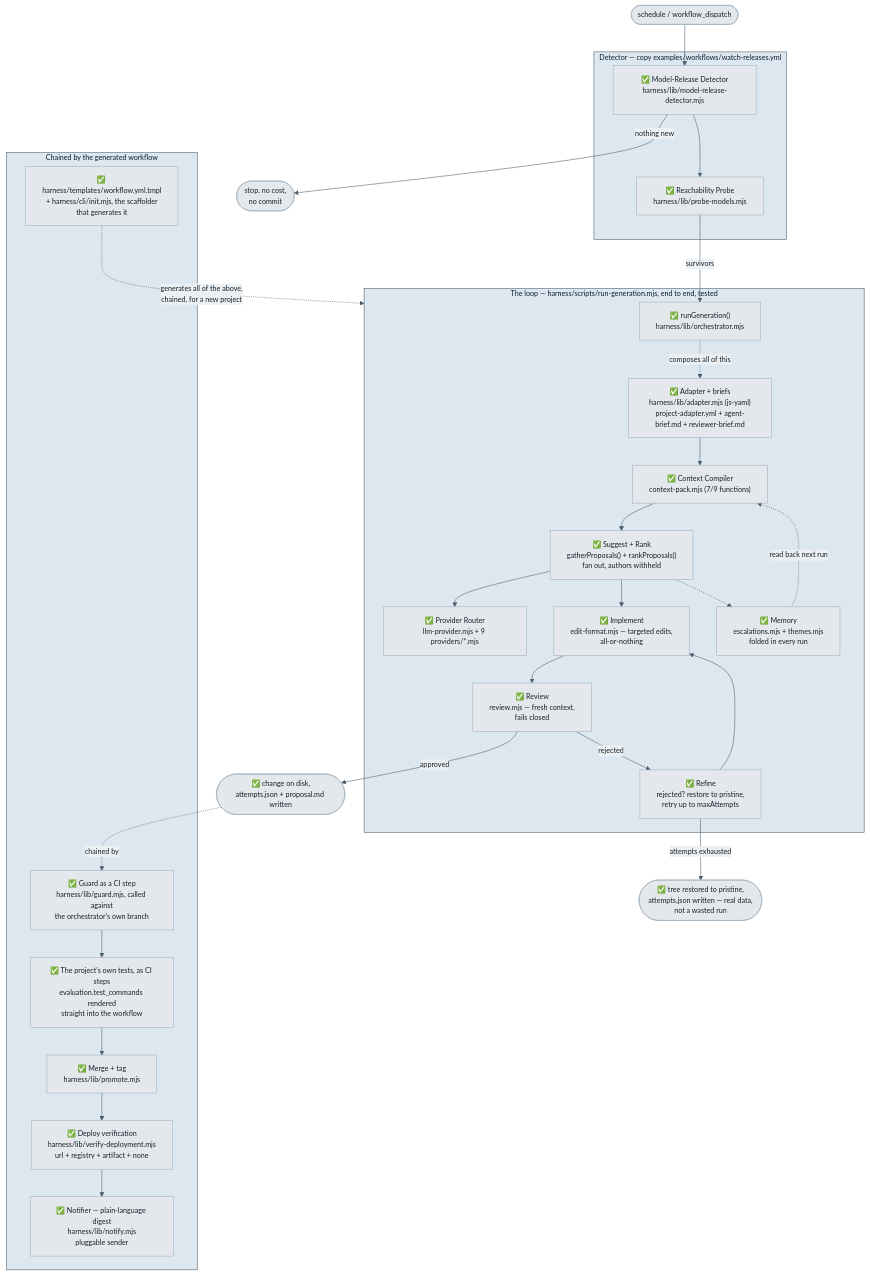
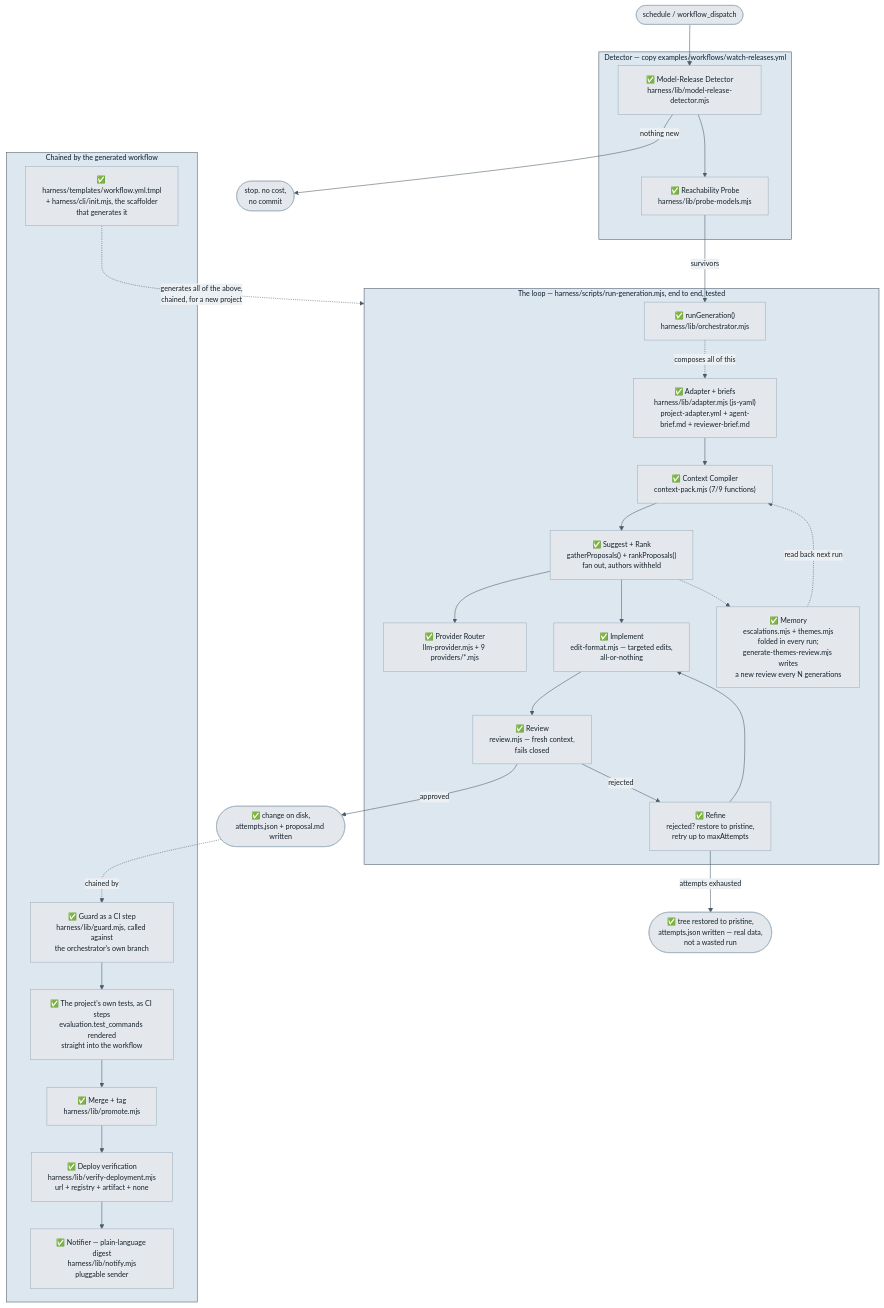
The second of 4 diagrams in ARCHITECTURE.md (Chrisfoz/self-optimisation), drawn with Mermaid before and after one commit. The commit also changed other lines of this file and 15 other files, not shown here.

First line of the commit message:
Build the themes-review CLI, and commit the history it reads

````diff
--- a/ARCHITECTURE.md
+++ b/ARCHITECTURE.md
@@ -74,54 +74,54 @@
 ```mermaid
 %%{init: {"theme":"base","themeVariables":{"fontSize":"13px","primaryColor":"#E4E8EC","primaryTextColor":"#14212B","primaryBorderColor":"#9FB0BE","lineColor":"#4A5C6A","secondaryColor":"#DCE7F0","tertiaryColor":"#F3E3D4","clusterBkg":"#F6F8F9","clusterBorder":"#9FB0BE","edgeLabelBackground":"#EDF0F2","textColor":"#14212B"}}}%%
 flowchart TD
   cron(["schedule / workflow_dispatch"]) --> detector
 
   subgraph detect["Detector — copy examples/workflows/watch-releases.yml"]
     detector["✅ Model-Release Detector<br/>harness/lib/model-release-detector.mjs"]
     probe["✅ Reachability Probe<br/>harness/lib/probe-models.mjs"]
     detector --> probe
   end
 
   detector -->|"nothing new"| idle(["stop. no cost,<br/>no commit"])
   probe -->|"survivors"| rungen
 
   subgraph loop["The loop — harness/scripts/run-generation.mjs, end to end, tested"]
     adapter["✅ Adapter + briefs<br/>harness/lib/adapter.mjs (js-yaml)<br/>project-adapter.yml + agent-brief.md + reviewer-brief.md"]
     rungen["✅ runGeneration()<br/>harness/lib/orchestrator.mjs"]
     router["✅ Provider Router<br/>llm-provider.mjs + 9 providers/*.mjs"]
     context["✅ Context Compiler<br/>context-pack.mjs (7/9 functions)"]
     propose["✅ Suggest + Rank<br/>gatherProposals() + rankProposals()<br/>fan out, authors withheld"]
     executor["✅ Implement<br/>edit-format.mjs — targeted edits,<br/>all-or-nothing"]
     reviewer["✅ Review<br/>review.mjs — fresh context,<br/>fails closed"]
     refine["✅ Refine<br/>rejected? restore to pristine,<br/>retry up to maxAttempts"]
-    memory["✅ Memory<br/>escalations.mjs + themes.mjs<br/>folded in every run"]
+    memory["✅ Memory<br/>escalations.mjs + themes.mjs<br/>folded in every run;<br/>generate-themes-review.mjs writes<br/>a new review every N generations"]
 
     adapter --> context --> propose
     propose --> router
     propose --> executor --> reviewer
     reviewer -->|"rejected"| refine --> executor
     propose -.-> memory
     memory -.->|"read back next run"| context
   end
 
   rungen -.->|"composes all of this"| adapter
 
   reviewer -->|"approved"| approved(["✅ change on disk,<br/>attempts.json + proposal.md written"])
   refine -->|"attempts exhausted"| abandoned(["✅ tree restored to pristine,<br/>attempts.json written — real data,<br/>not a wasted run"])
 
   subgraph wired["Chained by the generated workflow"]
     guardstep["✅ Guard as a CI step<br/>harness/lib/guard.mjs, called against<br/>the orchestrator's own branch"]
     teststep["✅ The project's own tests, as CI steps<br/>evaluation.test_commands rendered<br/>straight into the workflow"]
     promote["✅ Merge + tag<br/>harness/lib/promote.mjs"]
     verify["✅ Deploy verification<br/>harness/lib/verify-deployment.mjs<br/>url + registry + artifact + none"]
     notify["✅ Notifier — plain-language digest<br/>harness/lib/notify.mjs<br/>pluggable sender"]
     workflow["✅ harness/templates/workflow.yml.tmpl<br/>+ harness/cli/init.mjs, the scaffolder<br/>that generates it"]
   end
 
   approved -.->|"chained by"| guardstep --> teststep --> promote --> verify --> notify
   workflow -.->|"generates all of the above,<br/>chained, for a new project"| loop
 
   style detect fill:#DCE7F0,stroke:#4A5C6A
   style loop fill:#DCE7F0,stroke:#4A5C6A
   style wired fill:#DCE7F0,stroke:#4A5C6A
 ```
````
